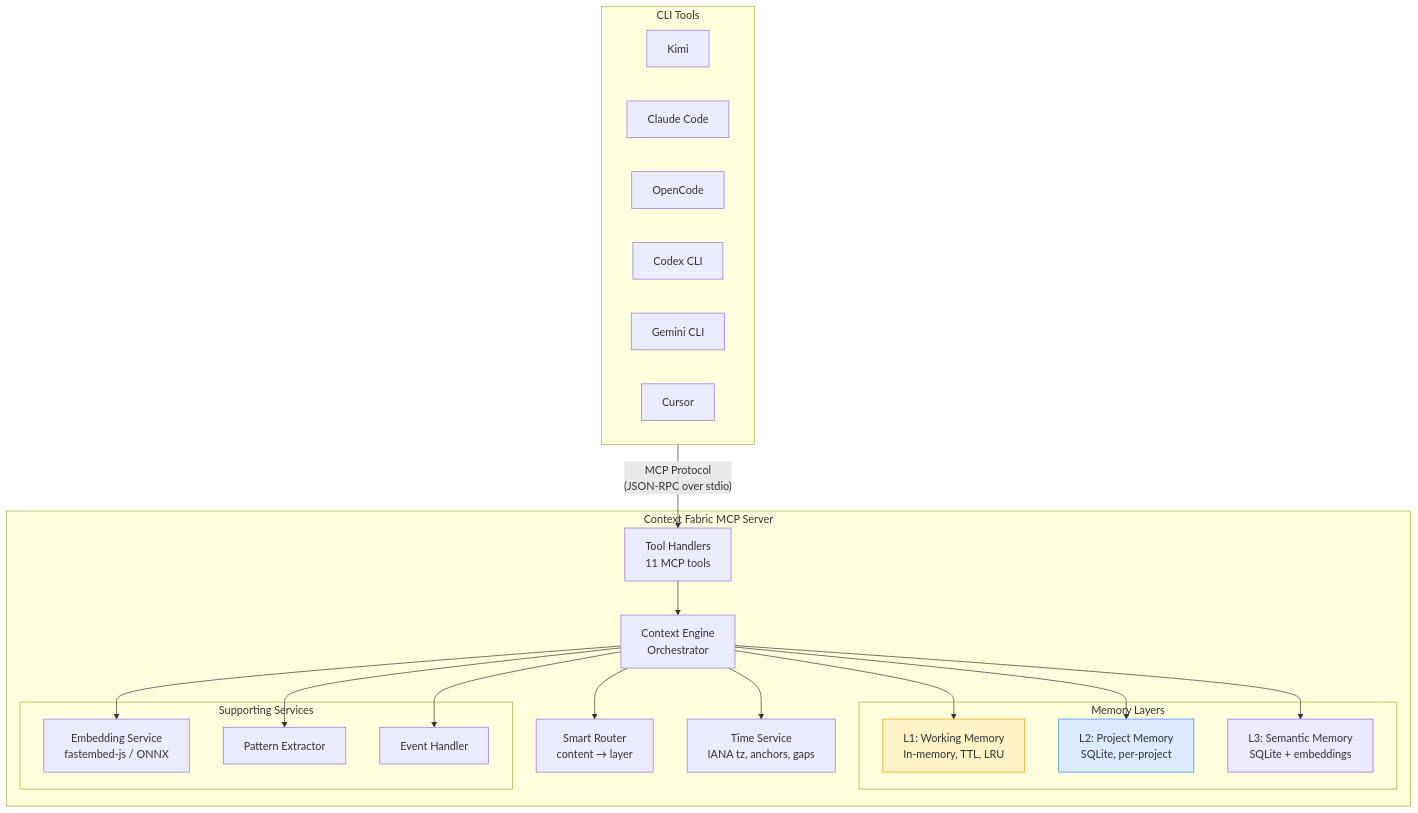
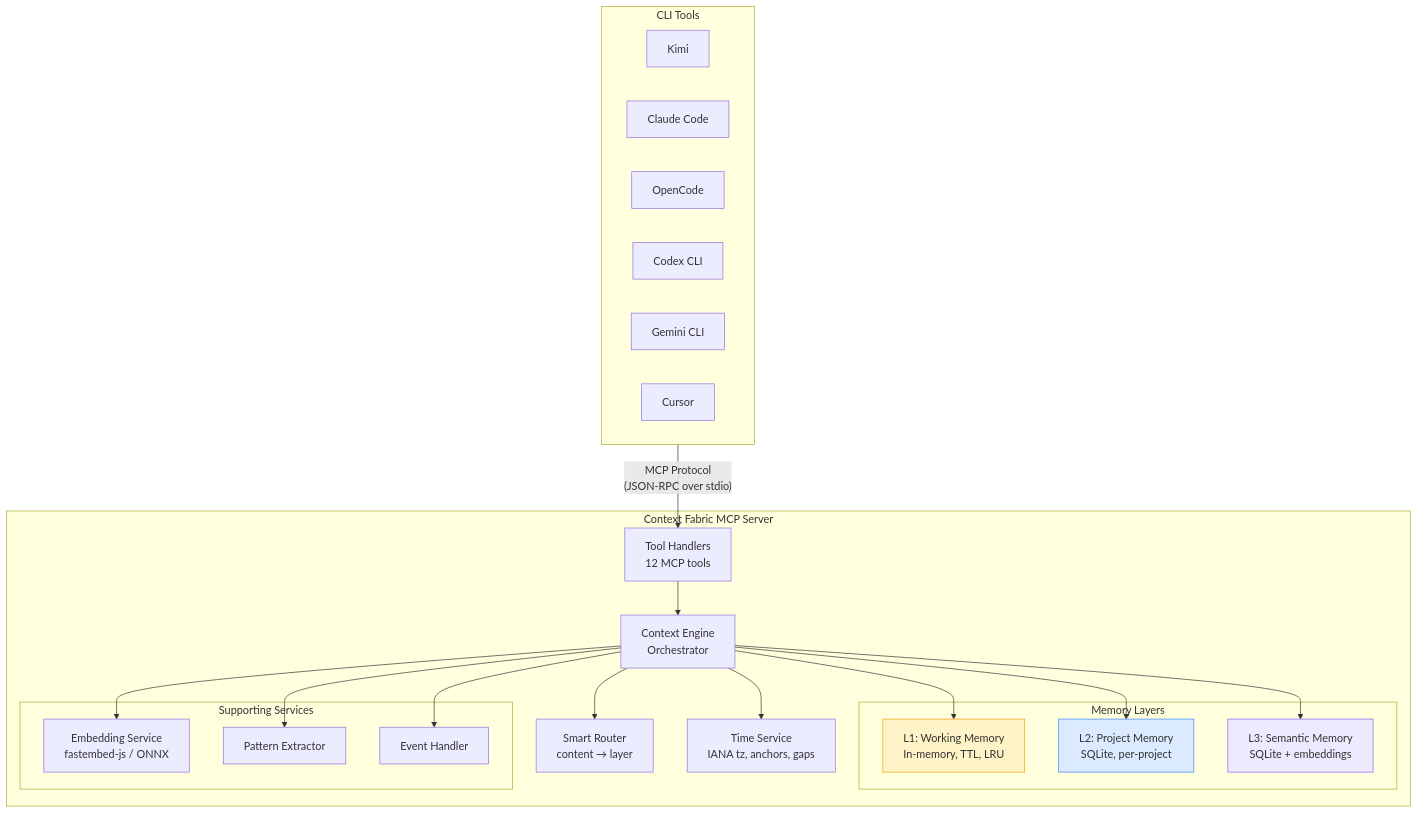
The first of 8 diagrams in docs/architecture.md (Abaddollyon/context-fabric), drawn with Mermaid before and after one commit. The commit also changed 22 other files, not shown here.

First line of the commit message:
feat: Add local code indexing with context.searchCode MCP tool (v0.4.5)

````diff
--- a/docs/architecture.md
+++ b/docs/architecture.md
@@ -25,46 +25,46 @@
 ```mermaid
 graph TB
     subgraph Clients["CLI Tools"]
         K["Kimi"]
         CC["Claude Code"]
         OC["OpenCode"]
         CX["Codex CLI"]
         GC["Gemini CLI"]
         CR["Cursor"]
     end
 
     subgraph Server["Context Fabric MCP Server"]
-        TH["Tool Handlers\n11 MCP tools"]
+        TH["Tool Handlers\n12 MCP tools"]
         CE["Context Engine\nOrchestrator"]
         SR["Smart Router\ncontent → layer"]
         TS["Time Service\nIANA tz, anchors, gaps"]
 
         subgraph Layers["Memory Layers"]
             L1["L1: Working Memory\nIn-memory, TTL, LRU"]
             L2["L2: Project Memory\nSQLite, per-project"]
             L3["L3: Semantic Memory\nSQLite + embeddings"]
         end
 
         subgraph Services["Supporting Services"]
             ES["Embedding Service\nfastembed-js / ONNX"]
             PE["Pattern Extractor"]
             EH["Event Handler"]
         end
 
         TH --> CE
         CE --> SR
         CE --> TS
         CE --> L1
         CE --> L2
         CE --> L3
         CE --> ES
         CE --> PE
         CE --> EH
     end
 
     Clients -->|"MCP Protocol\n(JSON-RPC over stdio)"| TH
 
     style L1 fill:#fef3c7,stroke:#f59e0b
     style L2 fill:#dbeafe,stroke:#3b82f6
     style L3 fill:#ede9fe,stroke:#8b5cf6
 ```
````
